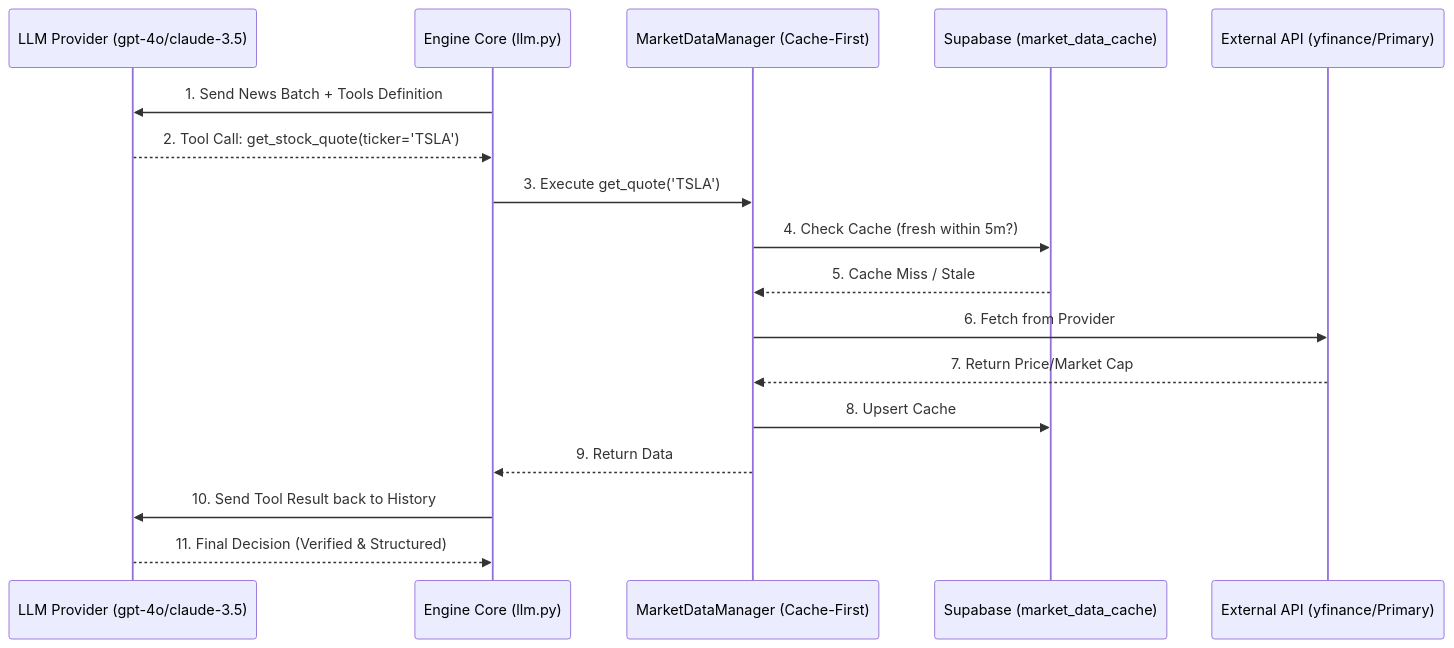
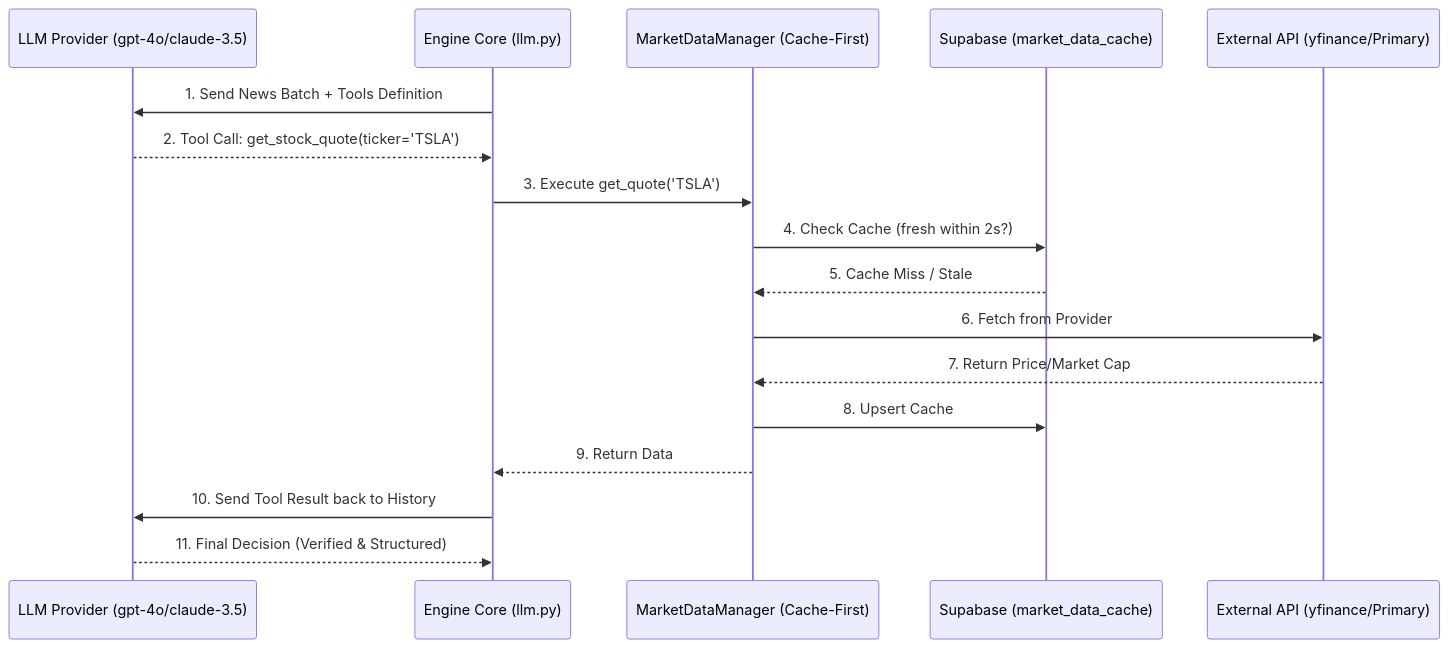
The first of 2 diagrams in docs/engine/data-flow.md (g-vega-cl/llm-market-bench), drawn with Mermaid before and after one commit. The commit also changed other lines of this file and 5 other files, not shown here.

````diff
--- a/docs/engine/data-flow.md
+++ b/docs/engine/data-flow.md
@@ -477,20 +477,20 @@
 ```mermaid
 sequenceDiagram
     participant LLM as LLM Provider (gpt-4o/claude-3.5)
     participant Core as Engine Core (llm.py)
     participant MDM as MarketDataManager (Cache-First)
     participant DB as Supabase (market_data_cache)
     participant API as External API (yfinance/Primary)
 
     Core->>LLM: 1. Send News Batch + Tools Definition
     LLM-->>Core: 2. Tool Call: get_stock_quote(ticker='TSLA')
     Core->>MDM: 3. Execute get_quote('TSLA')
-    MDM->>DB: 4. Check Cache (fresh within 5m?)
+    MDM->>DB: 4. Check Cache (fresh within 2s?)
     DB-->>MDM: 5. Cache Miss / Stale
     MDM->>API: 6. Fetch from Provider
     API-->>MDM: 7. Return Price/Market Cap
     MDM->>DB: 8. Upsert Cache
     MDM-->>Core: 9. Return Data
     Core->>LLM: 10. Send Tool Result back to History
     LLM-->>Core: 11. Final Decision (Verified & Structured)
 ```
````
